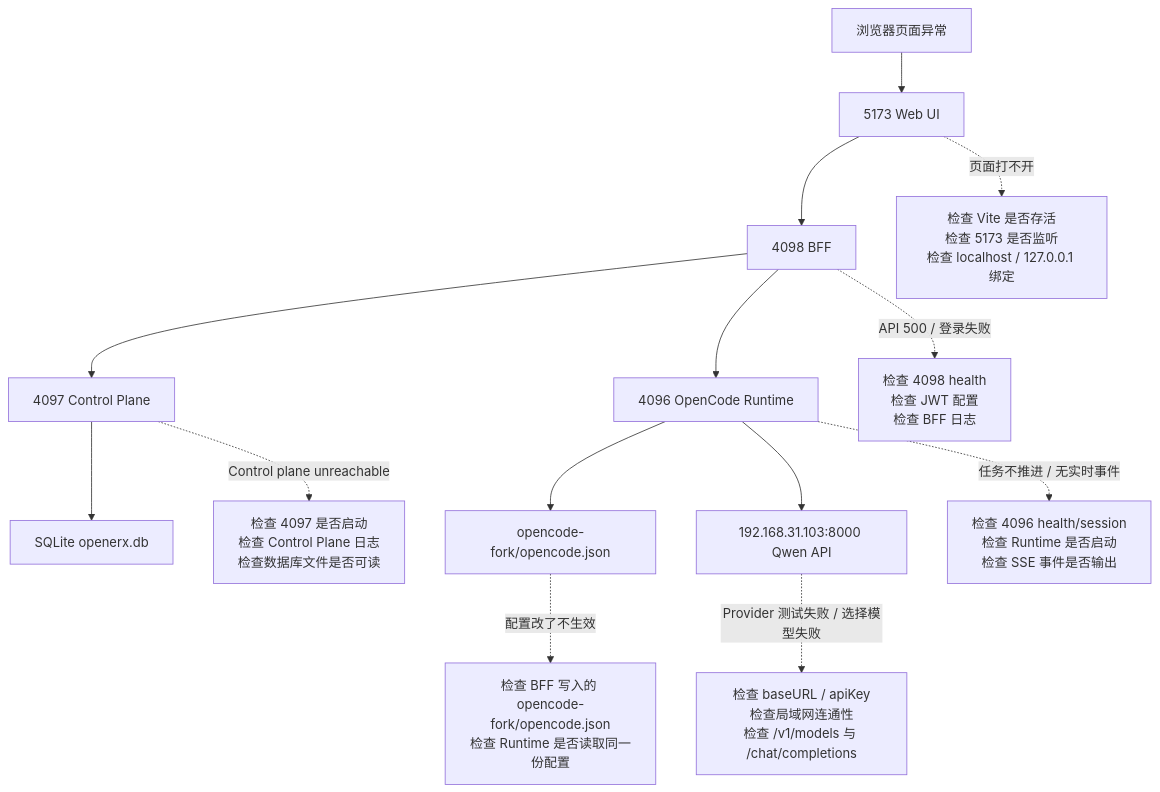
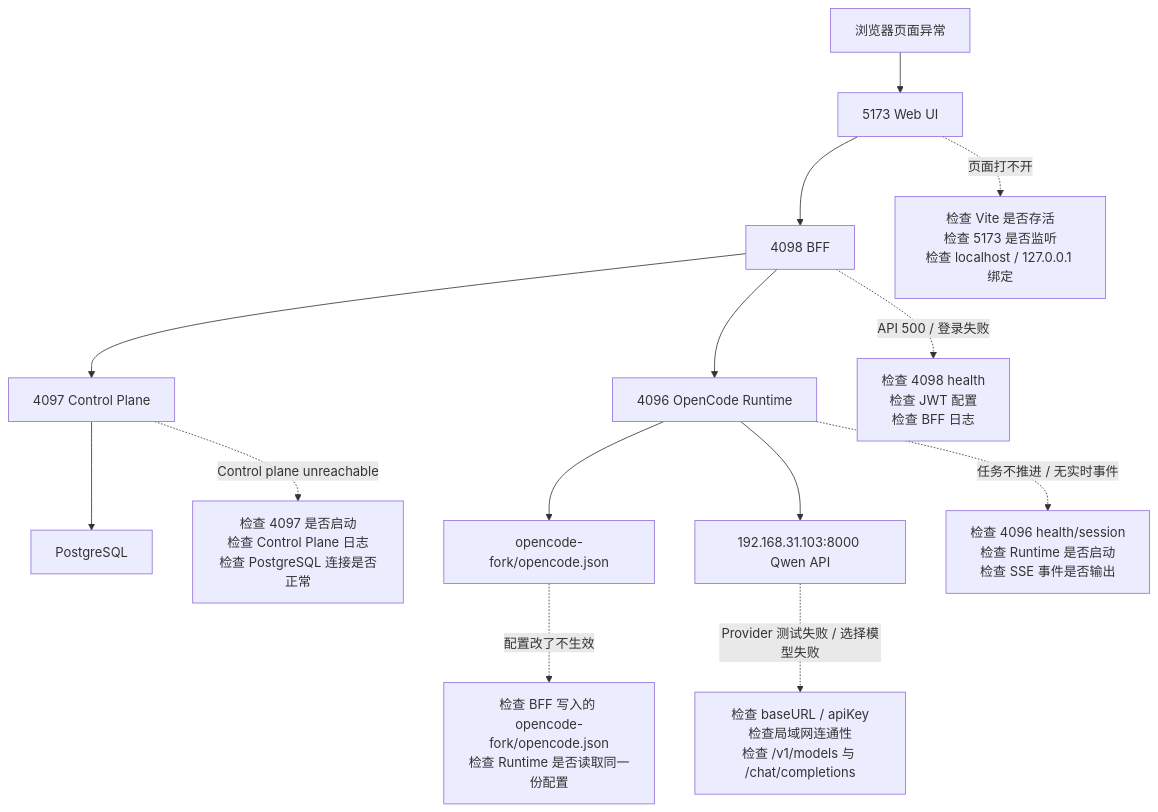
One commit to openerserver/openerx changed the fifth of 5 diagrams in docs/runtime-process-architecture.md. Above: the diagram before and after it, drawn with Mermaid. The commit also changed other lines of this file and 33 other files, not shown here.

````diff
--- a/docs/runtime-process-architecture.md
+++ b/docs/runtime-process-architecture.md
@@ -201,26 +201,26 @@
 ```mermaid
 flowchart TD
   Browser["浏览器页面异常"]
   UI["5173 Web UI"]
   BFF["4098 BFF"]
   CP["4097 Control Plane"]
   OCR["4096 OpenCode Runtime"]
   Qwen["192.168.31.103:8000 Qwen API"]
-  DB["SQLite openerx.db"]
+  DB["PostgreSQL"]
   CFG["opencode-fork/opencode.json"]
 
   Browser --> UI
   UI --> BFF
   BFF --> CP
   BFF --> OCR
   CP --> DB
   OCR --> CFG
   OCR --> Qwen
 
   UI -. 页面打不开 .-> UI_ERR["检查 Vite 是否存活\n检查 5173 是否监听\n检查 localhost / 127.0.0.1 绑定"]
   BFF -. API 500 / 登录失败 .-> BFF_ERR["检查 4098 health\n检查 JWT 配置\n检查 BFF 日志"]
-  CP -. Control plane unreachable .-> CP_ERR["检查 4097 是否启动\n检查 Control Plane 日志\n检查数据库文件是否可读"]
+  CP -. Control plane unreachable .-> CP_ERR["检查 4097 是否启动\n检查 Control Plane 日志\n检查 PostgreSQL 连接是否正常"]
   OCR -. 任务不推进 / 无实时事件 .-> OCR_ERR["检查 4096 health/session\n检查 Runtime 是否启动\n检查 SSE 事件是否输出"]
   Qwen -. Provider 测试失败 / 选择模型失败 .-> QWEN_ERR["检查 baseURL / apiKey\n检查局域网连通性\n检查 /v1/models 与 /chat/completions"]
   CFG -. 配置改了不生效 .-> CFG_ERR["检查 BFF 写入的 opencode-fork/opencode.json\n检查 Runtime 是否读取同一份配置"]
 ```
````
